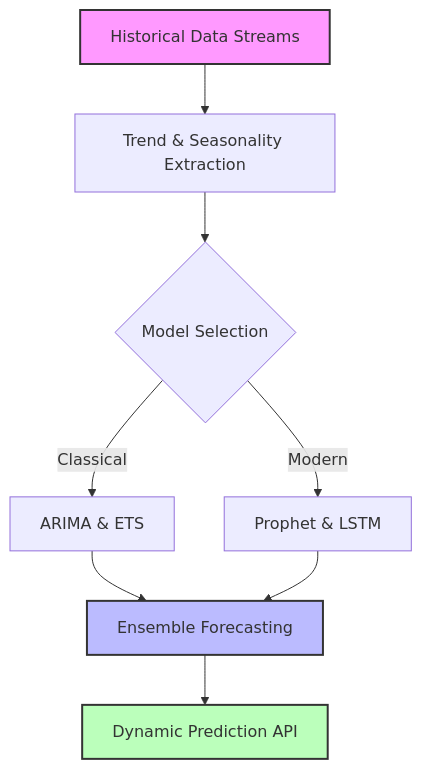
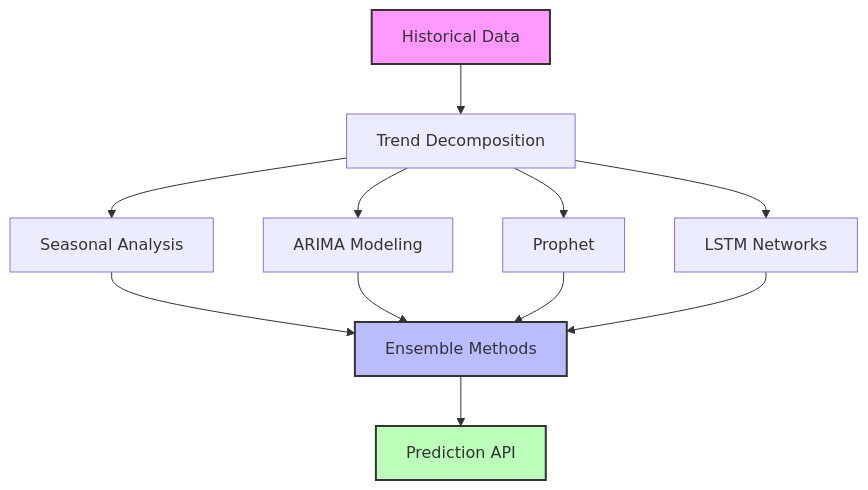
Before and after one commit to joaquimtimoteo/joaquimtimoteo: the third of 3 diagrams in README.md, drawn with Mermaid. The commit also changed other lines of this file, not shown here.

````diff
--- a/README.md
+++ b/README.md
@@ -144,13 +237,14 @@
 ```mermaid
 graph TD
-    A[Historical Data Streams] --> B[Trend & Seasonality Extraction]
-    B --> C{Model Selection}
-    C -->|Classical| D[ARIMA & ETS]
-    C -->|Modern| E[Prophet & LSTM]
-    D & E --> F[Ensemble Forecasting]
-    F --> G[Dynamic Prediction API]
+    A[Historical Data] --> B[Trend Decomposition]
+    B --> C[Seasonal Analysis]
+    B --> D[ARIMA Modeling]
+    B --> E[Prophet]
+    B --> F[LSTM Networks]
+    C & D & E & F --> G[Ensemble Methods]
+    G --> H[Prediction API]
     
     style A fill:#f9f,stroke:#333,stroke-width:2px
-    style F fill:#bbf,stroke:#333,stroke-width:2px
-    style G fill:#bfb,stroke:#333,stroke-width:2px
+    style G fill:#bbf,stroke:#333,stroke-width:2px
+    style H fill:#bfb,stroke:#333,stroke-width:2px
 ```
````
